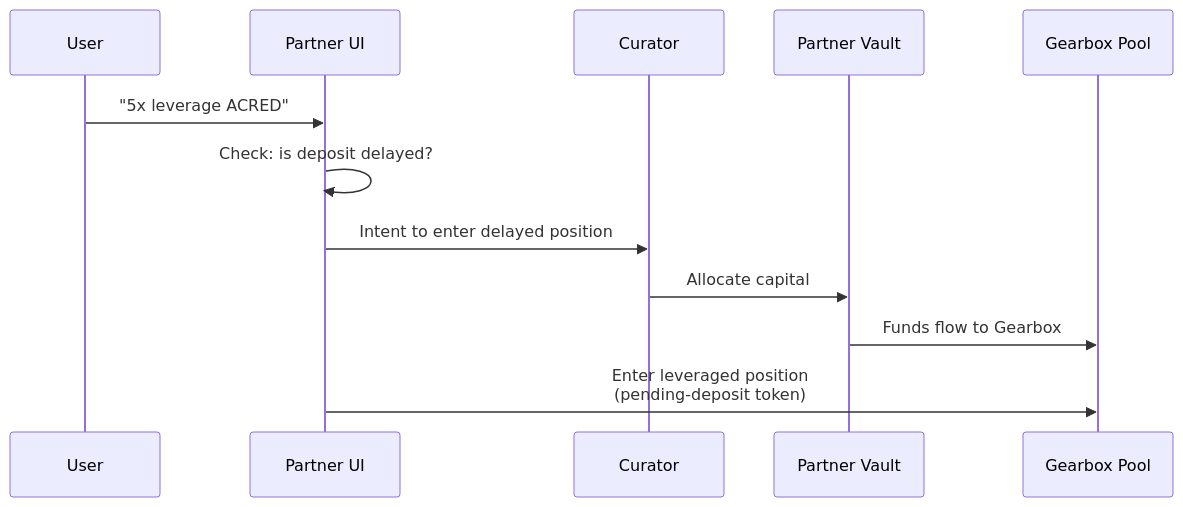
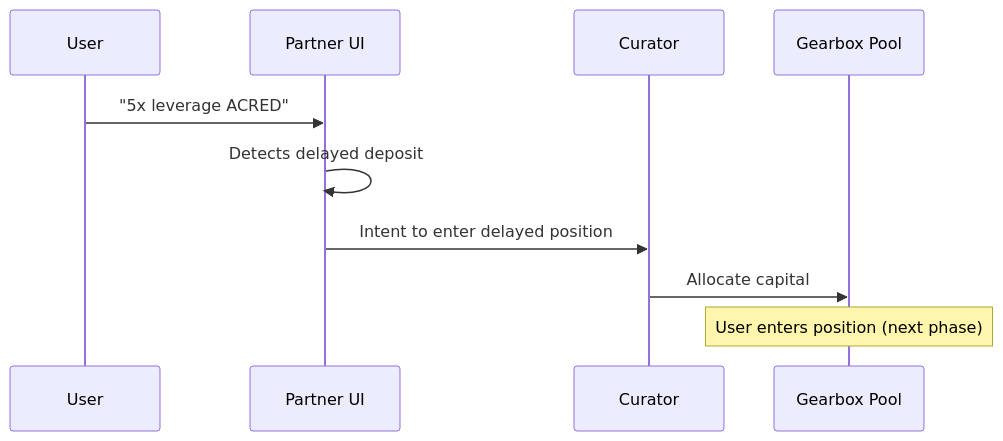
The second of 10 diagrams in reference/usecase-faster-rwa-settlement-with-leverage.md (Gearbox-protocol/docs-knowledge), drawn with Mermaid before and after one commit. The commit also changed other lines of this file, not shown here.

First line of the commit message:
docs: add capital-neutral migration concept and restructure Position Transfer section

````diff
--- a/reference/usecase-faster-rwa-settlement-with-leverage.md
+++ b/reference/usecase-faster-rwa-settlement-with-leverage.md
@@ -136,15 +197,13 @@
 ```mermaid
 sequenceDiagram
     participant U as User
     participant UI as Partner UI
     participant C as Curator
-    participant V as Partner Vault
     participant GP as Gearbox Pool
-    
+
     U->>UI: "5x leverage ACRED"
-    UI->>UI: Check: is deposit delayed?
+    UI->>UI: Detects delayed deposit
     UI->>C: Intent to enter delayed position
-    C->>V: Allocate capital
-    V->>GP: Funds flow to Gearbox
-    UI->>GP: Enter leveraged position<br/>(pending-deposit token)
+    C->>GP: Allocate capital
+    Note over GP: User enters position (next phase)
 ```
````
